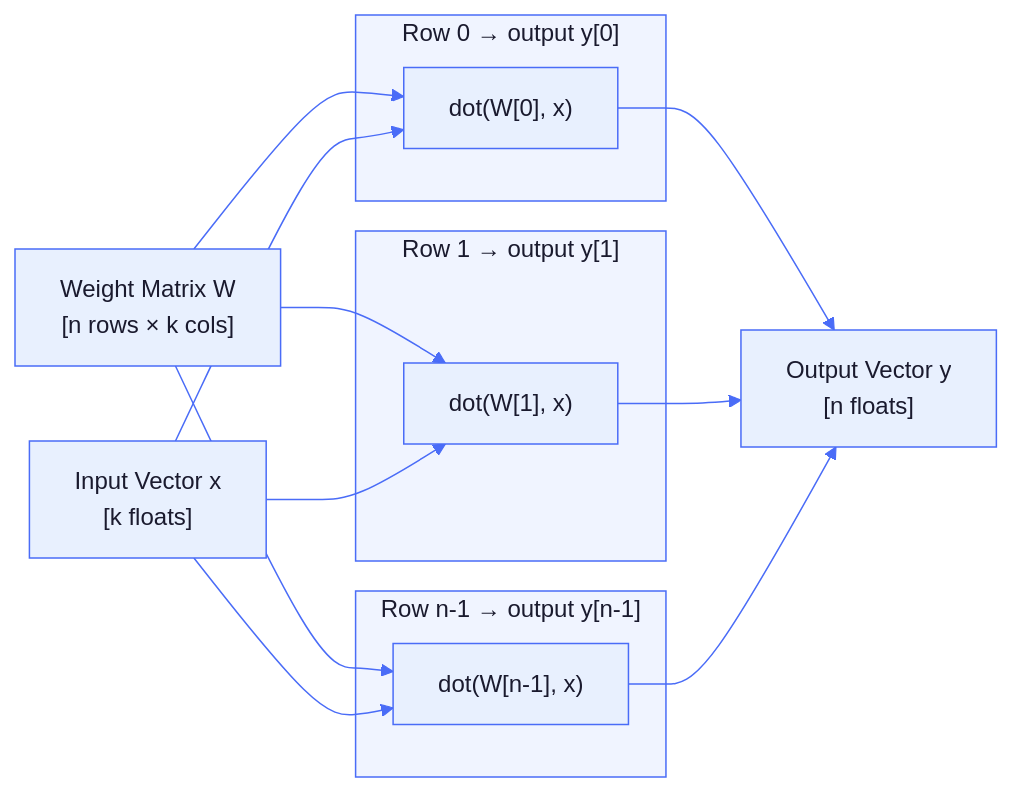
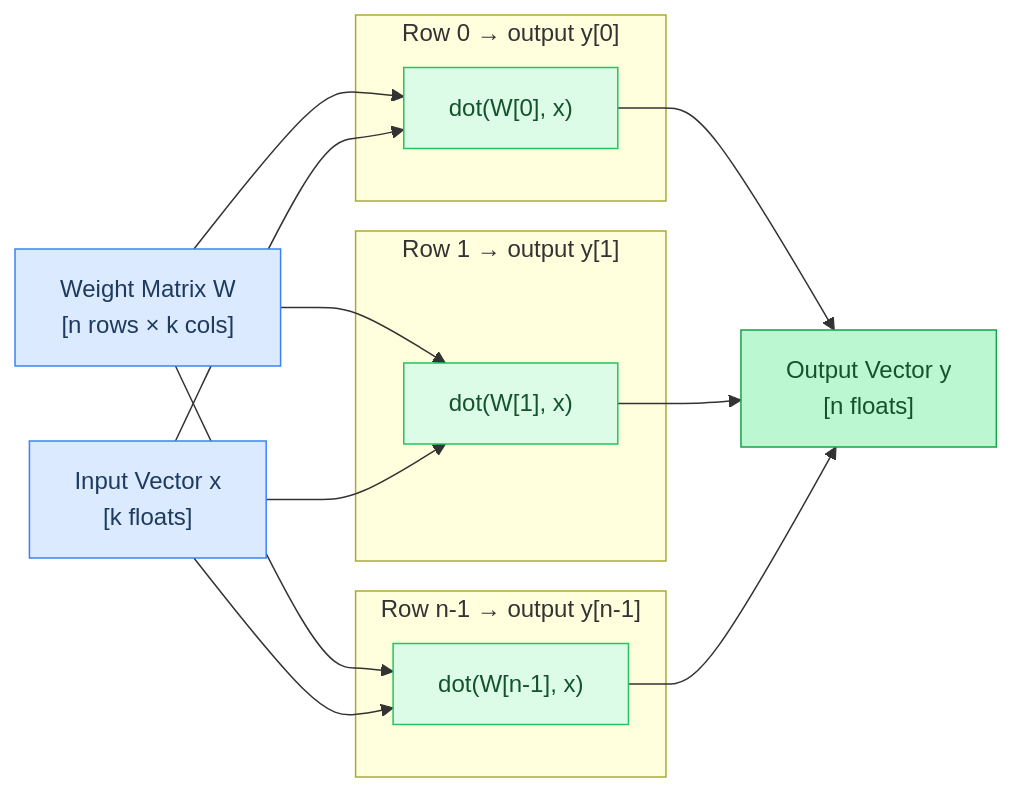
Before and after one commit to maci0/agave: the first of 8 diagrams in docs/tutorial/appendix-math.md, drawn with Mermaid. The commit also changed other lines of this file and 24 other files, not shown here.

First line of the commit message:
docs: convert all mermaid diagrams to classDef semantic colors

````diff
--- a/docs/tutorial/appendix-math.md
+++ b/docs/tutorial/appendix-math.md
@@ -24,40 +24,34 @@
 ```mermaid
-%%{init: {'theme': 'base', 'themeVariables': {
-  'primaryColor': '#e8f0fe',
-  'primaryTextColor': '#1a1a2e',
-  'primaryBorderColor': '#4a6cf7',
-  'lineColor': '#4a6cf7',
-  'secondaryColor': '#f0f4ff',
-  'tertiaryColor': '#f8f9ff',
-  'edgeLabelBackground': '#ffffff',
-  'clusterBkg': '#f0f4ff',
-  'clusterBorder': '#4a6cf7',
-  'titleColor': '#1a1a2e',
-  'nodeTextColor': '#1a1a2e',
-  'fontFamily': 'ui-monospace, SFMono-Regular, monospace'
-}}}%%
 flowchart LR
-    X["Input Vector x\n[k floats]"]
-    W["Weight Matrix W\n[n rows × k cols]"]
+    classDef setup     fill:#dbeafe,stroke:#3b82f6,color:#1e3a5f
+    classDef sync      fill:#dcfce7,stroke:#22c55e,color:#14532d
+    classDef migration fill:#fef9c3,stroke:#eab308,color:#713f12
+    classDef success   fill:#bbf7d0,stroke:#16a34a,color:#14532d
+    classDef danger    fill:#fee2e2,stroke:#ef4444,color:#7f1d1d
+    classDef optional  fill:#f3e8ff,stroke:#9333ea,color:#581c87
+
+    X["Input Vector x\n[k floats]"]:::setup
+    W["Weight Matrix W\n[n rows × k cols]"]:::setup
+    Y["Output Vector y\n[n floats]"]:::success
 
     subgraph Row0["Row 0 → output y[0]"]
-        D0["dot(W[0], x)"]
+        D0["dot(W[0], x)"]:::sync
     end
     subgraph Row1["Row 1 → output y[1]"]
-        D1["dot(W[1], x)"]
+        D1["dot(W[1], x)"]:::sync
     end
     subgraph RowN["Row n-1 → output y[n-1]"]
-        DN["dot(W[n-1], x)"]
+        DN["dot(W[n-1], x)"]:::sync
     end
 
     W --> D0
     W --> D1
     W --> DN
     X --> D0
     X --> D1
     X --> DN
 
-    D0 --> Y["Output Vector y\n[n floats]"]
+    D0 --> Y
     D1 --> Y
     DN --> Y
 ```
````
